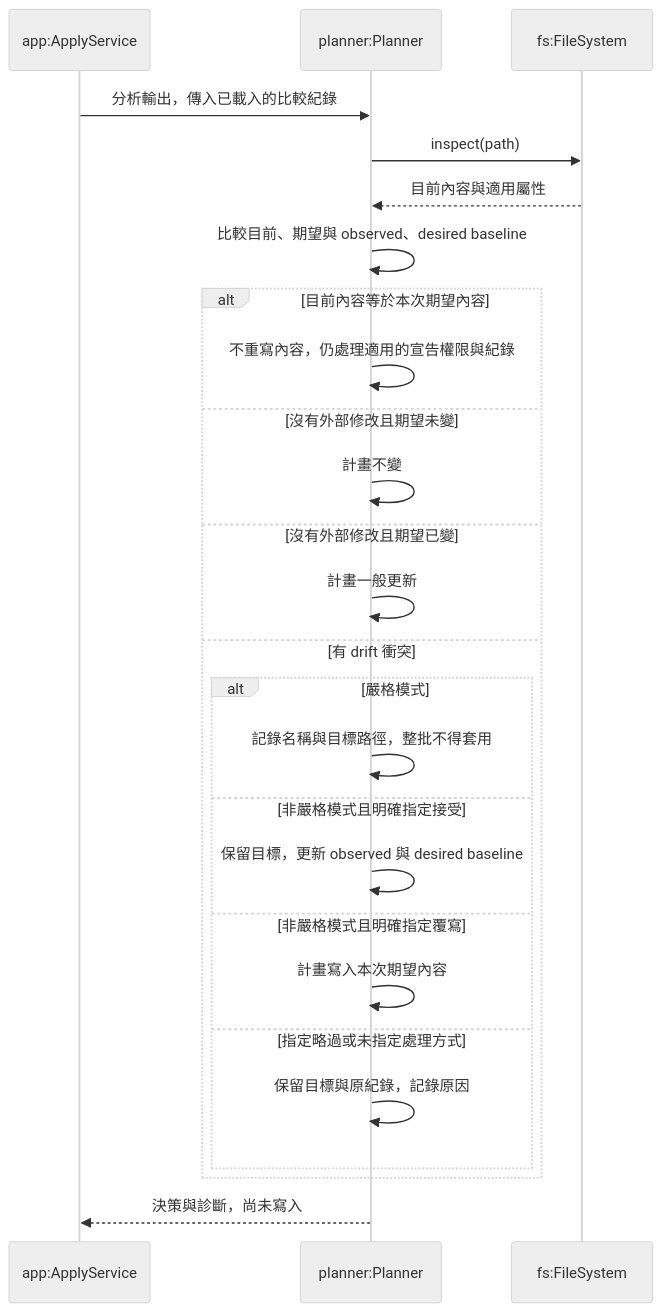
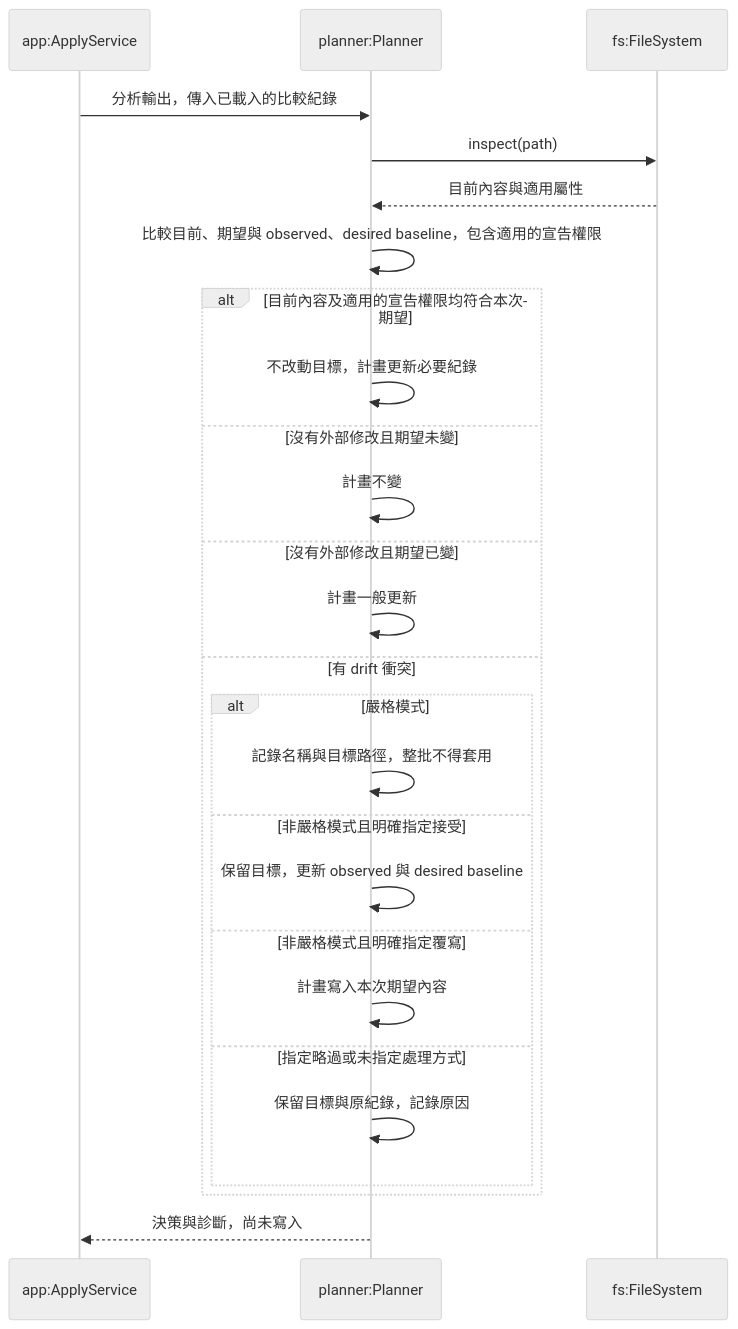
Before and after one commit to accidental-two-timer-sam-woof/rosamta-waterfall: the seventh of 10 diagrams in docs/03-preliminary-design/uml.md, drawn with Mermaid (neutral theme). The commit also changed other lines of this file, not shown here.

````diff
--- a/docs/03-preliminary-design/uml.md
+++ b/docs/03-preliminary-design/uml.md
@@ -498,28 +498,28 @@
 ```mermaid
 sequenceDiagram
     participant A as app:ApplyService
     participant P as planner:Planner
     participant F as fs:FileSystem
     A->>P: 分析輸出，傳入已載入的比較紀錄
     P->>F: inspect(path)
     F-->>P: 目前內容與適用屬性
-    P->>P: 比較目前、期望與 observed、desired baseline
-    alt 目前內容等於本次期望內容
-        P->>P: 不重寫內容，仍處理適用的宣告權限與紀錄
+    P->>P: 比較目前、期望與 observed、desired baseline，包含適用的宣告權限
+    alt 目前內容及適用的宣告權限均符合本次期望
+        P->>P: 不改動目標，計畫更新必要紀錄
     else 沒有外部修改且期望未變
         P->>P: 計畫不變
     else 沒有外部修改且期望已變
         P->>P: 計畫一般更新
     else 有 drift 衝突
         alt 嚴格模式
             P->>P: 記錄名稱與目標路徑，整批不得套用
         else 非嚴格模式且明確指定接受
             P->>P: 保留目標，更新 observed 與 desired baseline
         else 非嚴格模式且明確指定覆寫
             P->>P: 計畫寫入本次期望內容
         else 指定略過或未指定處理方式
             P->>P: 保留目標與原紀錄，記錄原因
         end
     end
     P-->>A: 決策與診斷，尚未寫入
 ```
````
